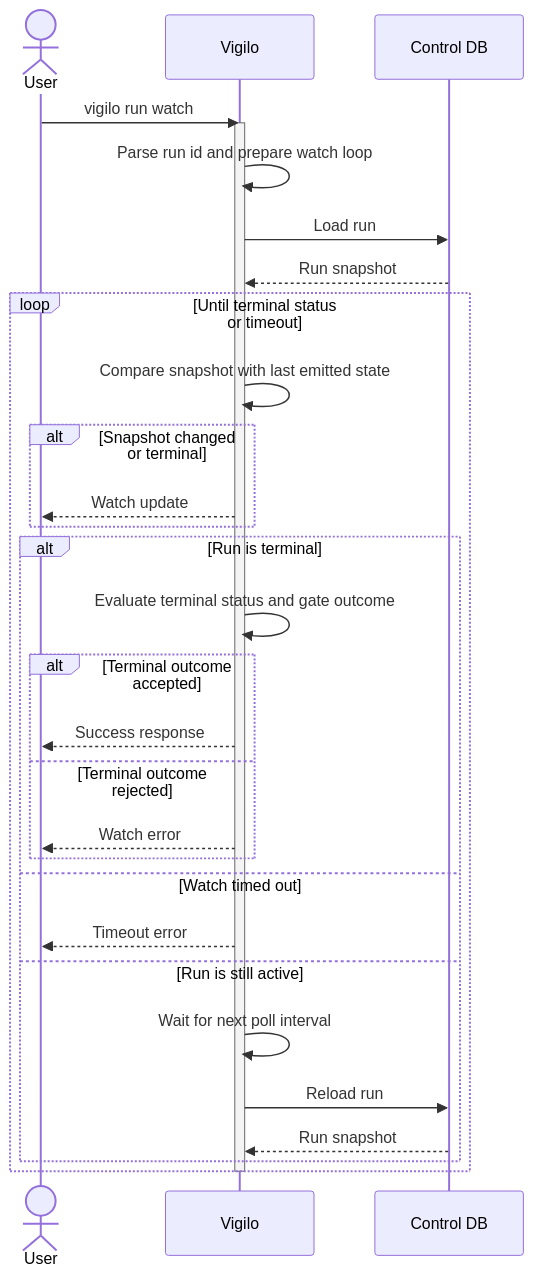
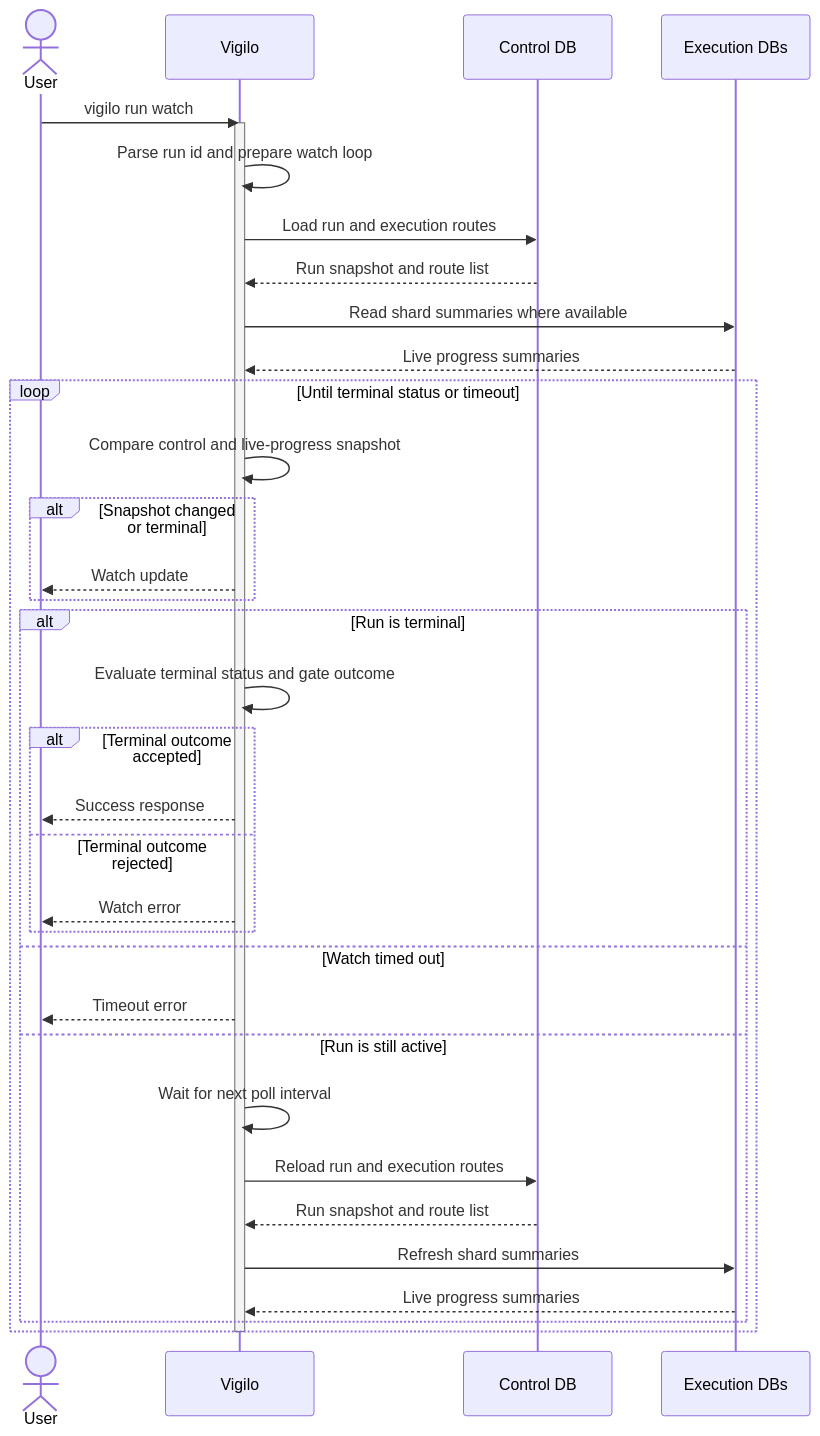
The diagram in web/docs/architecture/flows/run/watch/execution-flow.mmd (gregl83/agent-vigilo), drawn with Mermaid before and after one commit. The commit also changed 17 other files, not shown here.

Commit message:
fix run cancellation for shard routing

```diff
--- a/web/docs/architecture/flows/run/watch/execution-flow.mmd
+++ b/web/docs/architecture/flows/run/watch/execution-flow.mmd
@@ -1,41 +1,46 @@
 ---
 config:
   flowchart:
     nodeSpacing: 150
     rankSpacing: 80
   themeVariables:
     edgeLabelBackground: 'transparent'
 ---
 sequenceDiagram
     actor User
     participant Vigilo
     participant ControlDB as Control DB
+    participant ExecDB as Execution DBs
 
     User->>Vigilo: vigilo run watch
     activate Vigilo
     Vigilo->>Vigilo: Parse run id and prepare watch loop
-    Vigilo->>ControlDB: Load run
-    ControlDB-->>Vigilo: Run snapshot
+    Vigilo->>ControlDB: Load run and execution routes
+    ControlDB-->>Vigilo: Run snapshot and route list
+    Vigilo->>ExecDB: Read shard summaries where available
+    ExecDB-->>Vigilo: Live progress summaries
 
     loop Until terminal status or timeout
-        Vigilo->>Vigilo: Compare snapshot with last emitted state
+        Vigilo->>Vigilo: Compare control and live-progress snapshot
         alt Snapshot changed or terminal
             Vigilo-->>User: Watch update
         end
 
         alt Run is terminal
             Vigilo->>Vigilo: Evaluate terminal status and gate outcome
             alt Terminal outcome accepted
                 Vigilo-->>User: Success response
             else Terminal outcome rejected
                 Vigilo-->>User: Watch error
             end
         else Watch timed out
             Vigilo-->>User: Timeout error
         else Run is still active
             Vigilo->>Vigilo: Wait for next poll interval
-            Vigilo->>ControlDB: Reload run
-            ControlDB-->>Vigilo: Run snapshot
+            Vigilo->>ControlDB: Reload run and execution routes
+            ControlDB-->>Vigilo: Run snapshot and route list
+            Vigilo->>ExecDB: Refresh shard summaries
+            ExecDB-->>Vigilo: Live progress summaries
         end
     end
     deactivate Vigilo
```
